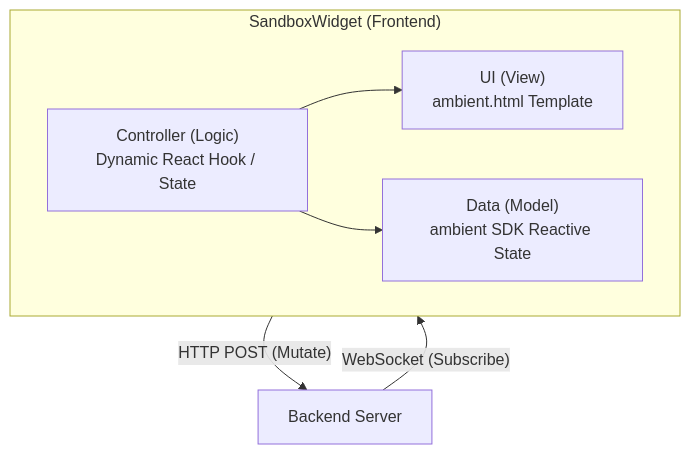
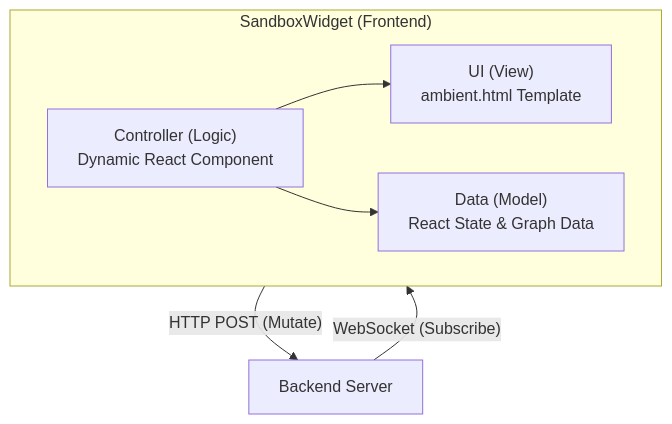
One commit to BillShiyaoZhang/ambient-agent changed the first of 2 diagrams in docs/architecture/apps.md. Above: the diagram before and after it, drawn with Mermaid. The commit also changed 11 other files, not shown here.

````diff
--- a/docs/architecture/apps.md
+++ b/docs/architecture/apps.md
@@ -45,17 +45,17 @@
 ```mermaid
 graph TB
     subgraph SandboxWidget ["SandboxWidget (Frontend)"]
         direction LR
         UI["UI (View)<br/>ambient.html Template"]
-        Ctrl["Controller (Logic)<br/>Dynamic React Hook / State"]
-        Data["Data (Model)<br/>ambient SDK Reactive State"]
+        Ctrl["Controller (Logic)<br/>Dynamic React Component"]
+        Data["Data (Model)<br/>React State & Graph Data"]
 
         Ctrl --> UI
         Ctrl --> Data
     end
 
     BE["Backend Server"]
 
     Ctrl -- "HTTP POST (Mutate)" --> BE
     BE -- "WebSocket (Subscribe)" --> Data
 ```
````
